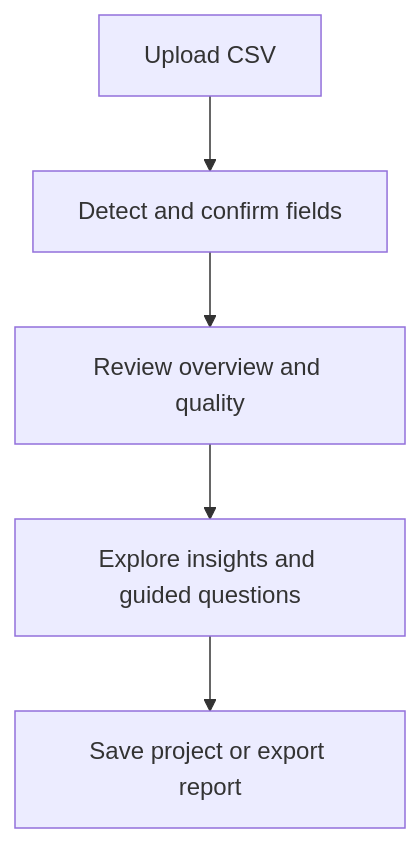
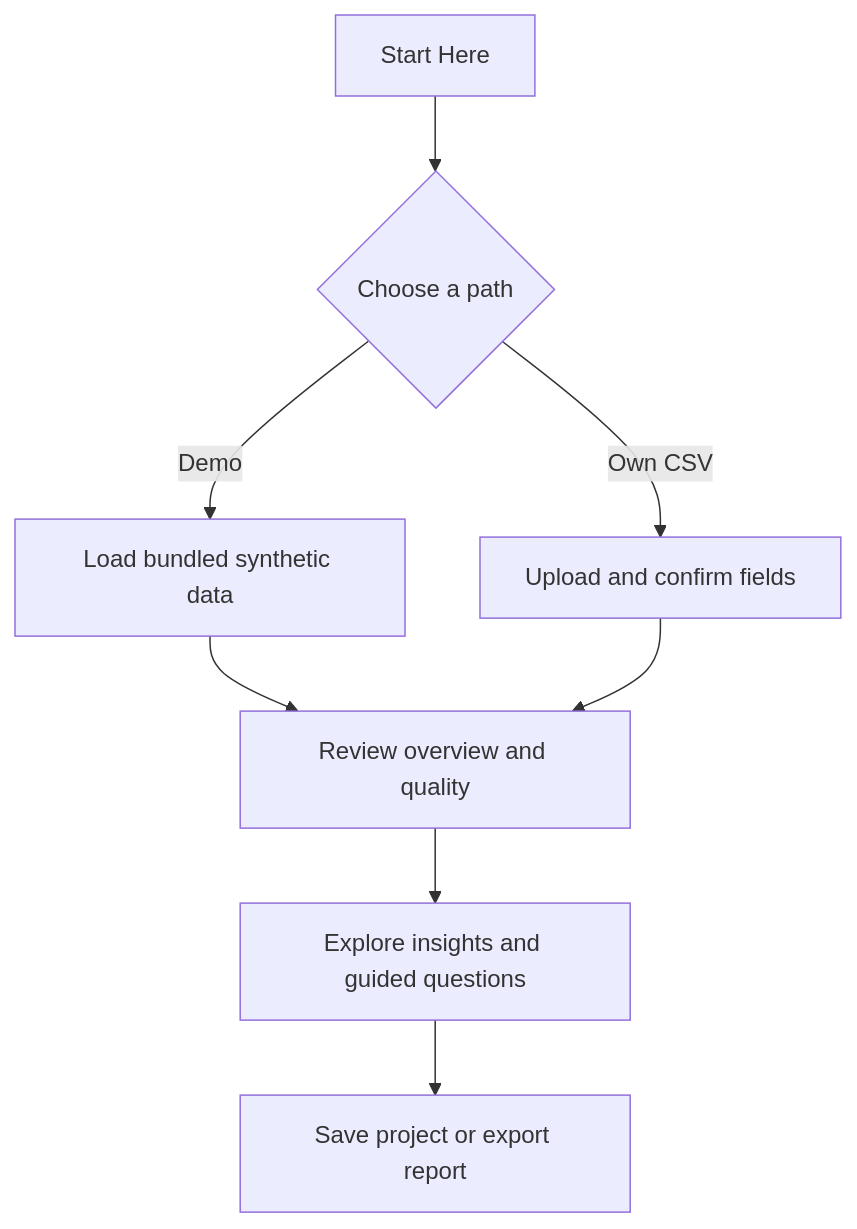
Before and after one commit to lialit/Universal-CSV-Dashboard: the diagram in README.md, drawn with Mermaid. The commit also changed other lines of this file and 12 other files, not shown here.

````diff
--- a/README.md
+++ b/README.md
@@ -123,7 +124,10 @@
 ```mermaid
 flowchart TD
-    A["Upload CSV"] --> B["Detect and confirm fields"]
-    B --> C["Review overview and quality"]
-    C --> D["Explore insights and guided questions"]
-    D --> E["Save project or export report"]
+    A["Start Here"] --> B{"Choose a path"}
+    B -->|Demo| C["Load bundled synthetic data"]
+    B -->|Own CSV| D["Upload and confirm fields"]
+    C --> E["Review overview and quality"]
+    D --> E
+    E --> F["Explore insights and guided questions"]
+    F --> G["Save project or export report"]
 ```
````
